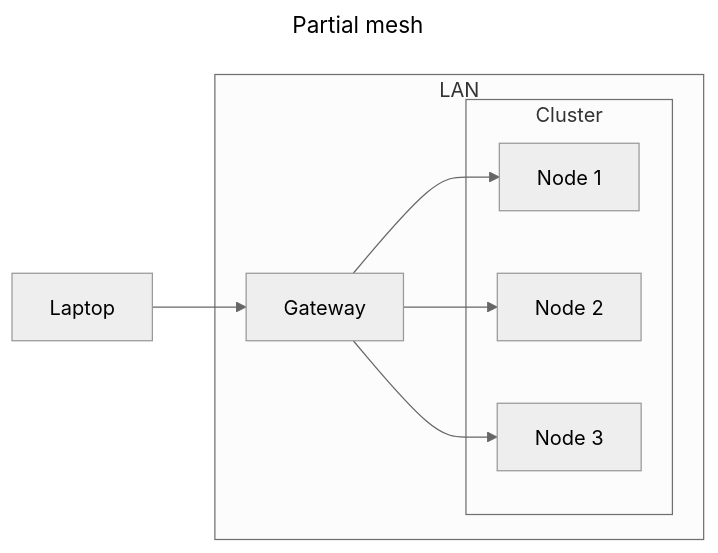
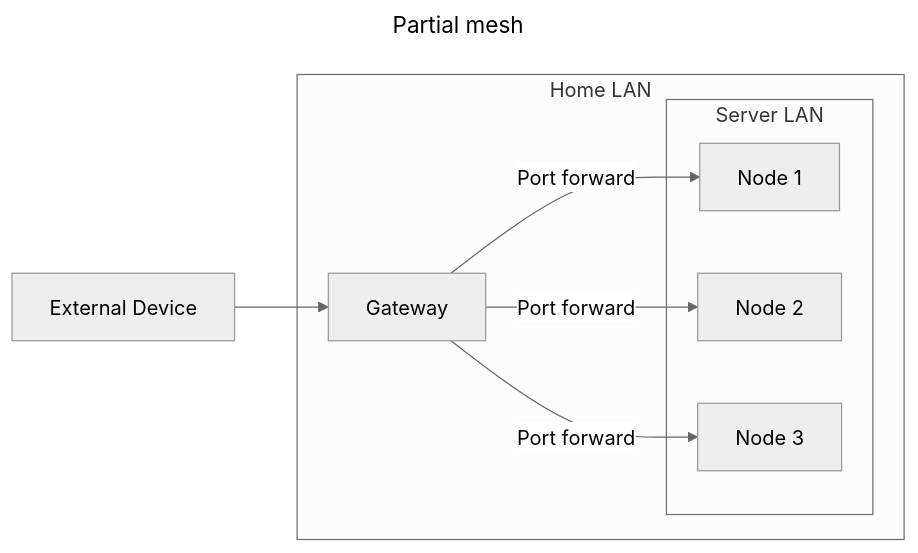
One commit to j-krl/blog changed the first of 5 diagrams in _posts/2026-05-08-hub-and-spoke-architecture.md. Above: the diagram before and after it, drawn with Mermaid (neutral theme). The commit also changed other lines of this file and 3 other files, not shown here.

```diff
--- a/_posts/2026-05-08-hub-and-spoke-architecture.md
+++ b/_posts/2026-05-08-hub-and-spoke-architecture.md
@@ -13,21 +13,21 @@
 <pre class="mermaid" style="text-align: center;">
 ---
 title: Partial mesh
 ---
 flowchart LR
-    Laptop --> Gateway
-    Gateway --> n1[Node 1]
-    Gateway --> n2[Node 2]
-    Gateway --> n3[Node 3]
-    subgraph LAN
+    ED[External Device] --> Gateway
+    Gateway -->|Port forward| n1[Node 1]
+    Gateway -->|Port forward| n2[Node 2]
+    Gateway -->|Port forward| n3[Node 3]
+    subgraph Home LAN
         Gateway
         n1
         n2
         n3
-        subgraph Cluster
+        subgraph Server LAN
             n1
             n2
             n3
         end
     end
 </pre>
```
